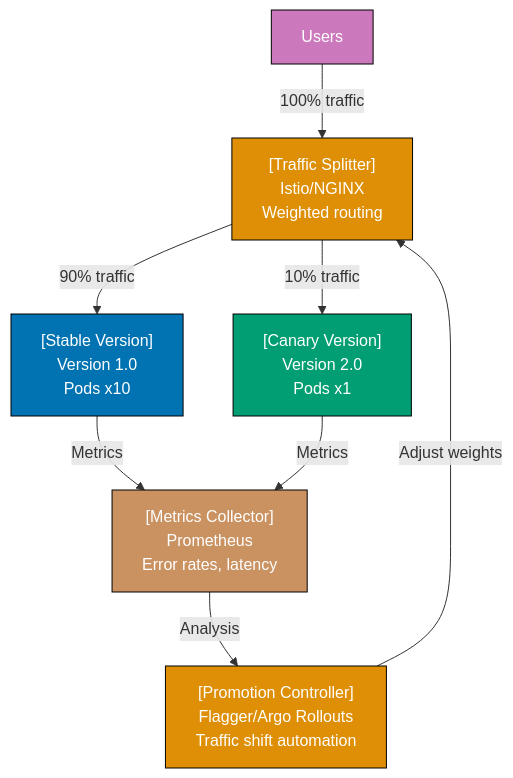
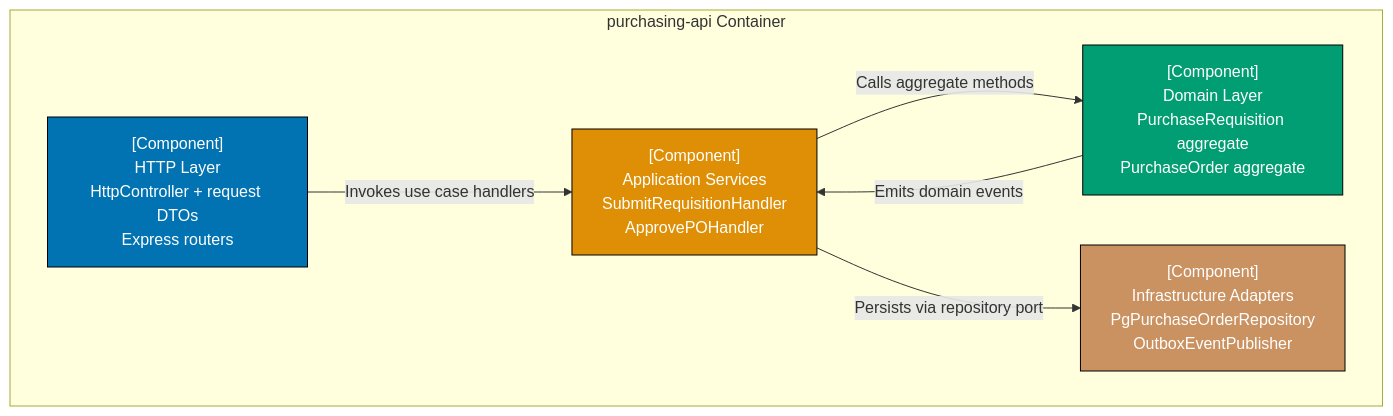
One commit to wahidyankf/open-sharia-enterprise changed diagram 17 of 30 in apps/ayokoding-web/content/en/learn/software-engineering/architecture/c4-architecture-model/by-example/intermediate.md. Above: the diagram before and after it, drawn with Mermaid. The commit also changed other lines of this file and 38 other files, not shown here.

First line of the commit message:
docs(ayokoding-web): unify architecture tutorials on shared P2P domain

````diff
--- a/apps/ayokoding-web/content/en/learn/software-engineering/architecture/c4-architecture-model/by-example/intermediate.md
+++ b/apps/ayokoding-web/content/en/learn/software-engineering/architecture/c4-architecture-model/by-example/intermediate.md
@@ -672,31 +702,19 @@
 ```mermaid
 graph TD
-    Users["Users"]
+    subgraph PurchAPI["purchasing-api Container"]
+        HTTP["[Component]<br/>HTTP Layer<br/>HttpController + request DTOs<br/>Express routers"]
+        AppSvc["[Component]<br/>Application Services<br/>SubmitRequisitionHandler<br/>ApprovePOHandler"]
+        Domain["[Component]<br/>Domain Layer<br/>PurchaseRequisition aggregate<br/>PurchaseOrder aggregate"]
+        Infra["[Component]<br/>Infrastructure Adapters<br/>PgPurchaseOrderRepository<br/>OutboxEventPublisher"]
+    end
 
-    TrafficSplitter["[Traffic Splitter]<br/>Istio/NGINX<br/>Weighted routing"]
+    HTTP -->|"Invokes use case handlers"| AppSvc
+    AppSvc -->|"Calls aggregate methods"| Domain
+    AppSvc -->|"Persists via repository port"| Infra
+    Domain -->|"Emits domain events"| AppSvc
 
-    StableVersion["[Stable Version]<br/>Version 1.0<br/>Pods x10"]
-    CanaryVersion["[Canary Version]<br/>Version 2.0<br/>Pods x1"]
-
-    MetricsCollector["[Metrics Collector]<br/>Prometheus<br/>Error rates, latency"]
-
-    AutomatedPromotion["[Promotion Controller]<br/>Flagger/Argo Rollouts<br/>Traffic shift automation"]
-
-    Users -->|100% traffic| TrafficSplitter
-
-    TrafficSplitter -->|"90% traffic"| StableVersion
-    TrafficSplitter -->|"10% traffic"| CanaryVersion
-
-    StableVersion -->|Metrics| MetricsCollector
-    CanaryVersion -->|Metrics| MetricsCollector
-
-    MetricsCollector -->|"Analysis"| AutomatedPromotion
-    AutomatedPromotion -->|"Adjust weights"| TrafficSplitter
-
-    style Users fill:#CC78BC,stroke:#000,color:#fff
-    style TrafficSplitter fill:#DE8F05,stroke:#000,color:#fff
-    style StableVersion fill:#0173B2,stroke:#000,color:#fff
-    style CanaryVersion fill:#029E73,stroke:#000,color:#fff
-    style MetricsCollector fill:#CA9161,stroke:#000,color:#fff
-    style AutomatedPromotion fill:#DE8F05,stroke:#000,color:#fff
+    style HTTP fill:#0173B2,stroke:#000,color:#fff
+    style AppSvc fill:#DE8F05,stroke:#000,color:#fff
+    style Domain fill:#029E73,stroke:#000,color:#fff
+    style Infra fill:#CA9161,stroke:#000,color:#fff
 ```
````
